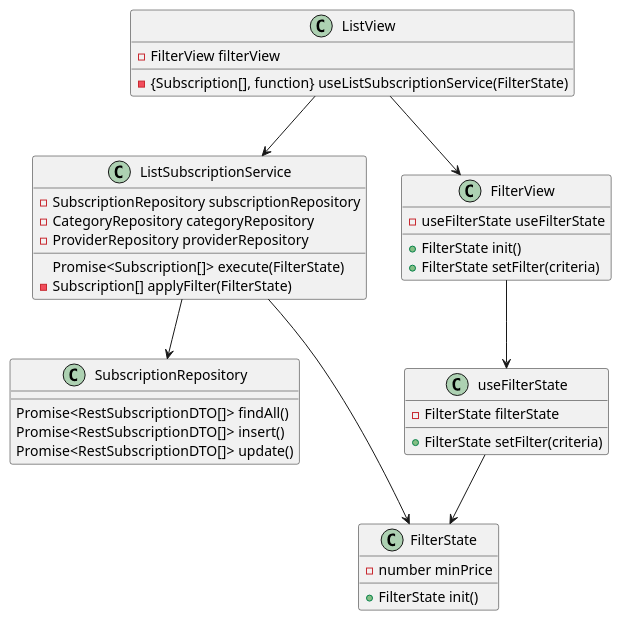
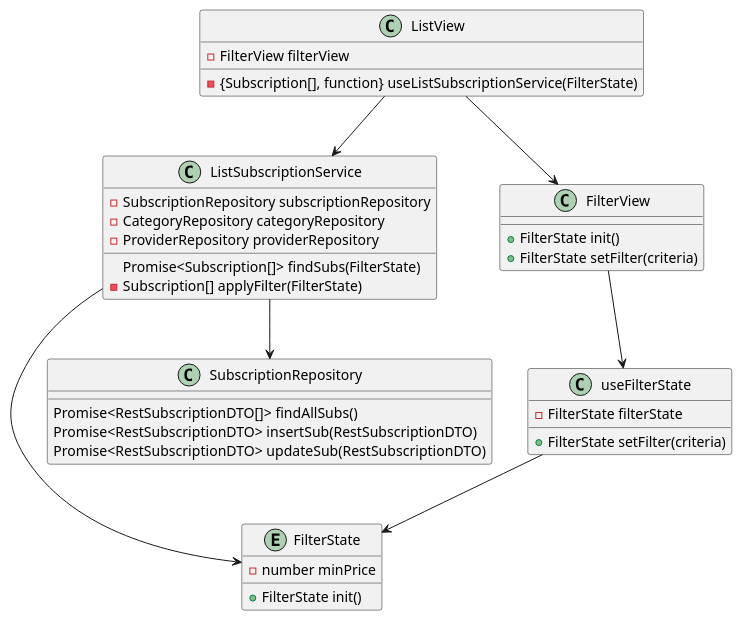
One commit to SE-Team-E1/SE-SubscriptionGuard changed the diagram in docs/technical/praktikum/classDiagram_filter.plantuml. Above: the diagram before and after it, drawn with PlantUML. The commit also changed 1 other file, not shown here.

Commit message:
Praktika PlantUML Update

```diff
--- a/docs/technical/praktikum/classDiagram_filter.plantuml
+++ b/docs/technical/praktikum/classDiagram_filter.plantuml
@@ -1,38 +1,40 @@
 @startuml
+entity FilterState {
+  -number minPrice
+  +FilterState init()
+}
+
 ListSubscriptionService --> SubscriptionRepository
 ListSubscriptionService --> FilterState
 ListView --> ListSubscriptionService
 ListView --> FilterView
 FilterView --> useFilterState
 useFilterState --> FilterState
 
+allow_mixing
+
 Class ListView{
   -FilterView filterView
   -{Subscription[], function} useListSubscriptionService(FilterState)
 }
 Class FilterView{
-  -useFilterState useFilterState
   +FilterState init()
   +FilterState setFilter(criteria)
 }
 Class useFilterState{
   -FilterState filterState
   +FilterState setFilter(criteria)
 }
-Class FilterState{
-  -number minPrice
-  +FilterState init()
-}
 Class ListSubscriptionService{
   -SubscriptionRepository subscriptionRepository
   -CategoryRepository categoryRepository
   -ProviderRepository providerRepository
-  Promise<Subscription[]> execute(FilterState)
+  Promise<Subscription[]> findSubs(FilterState)
   -Subscription[] applyFilter(FilterState)
 }
 Class SubscriptionRepository{
- Promise<RestSubscriptionDTO[]> findAll()
- Promise<RestSubscriptionDTO[]> insert()
- Promise<RestSubscriptionDTO[]> update()
+ Promise<RestSubscriptionDTO[]> findAllSubs()
+ Promise<RestSubscriptionDTO> insertSub(RestSubscriptionDTO)
+ Promise<RestSubscriptionDTO> updateSub(RestSubscriptionDTO)
 }
 @enduml
```
